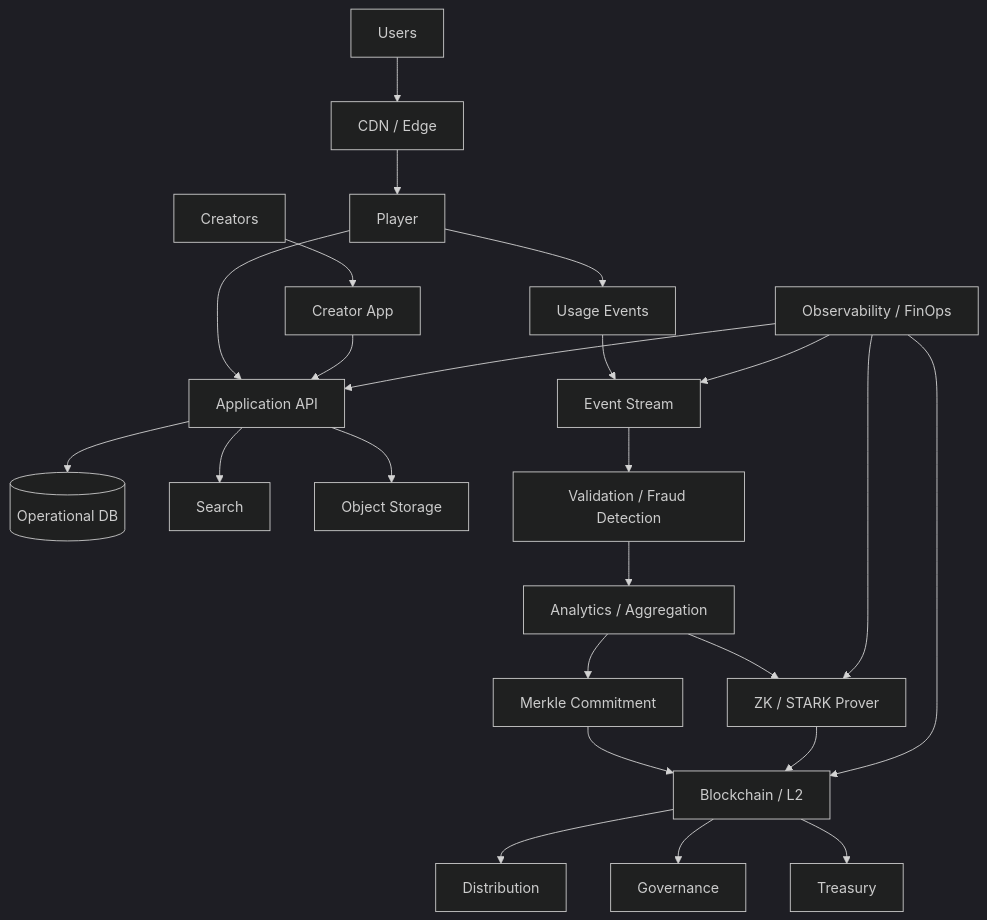
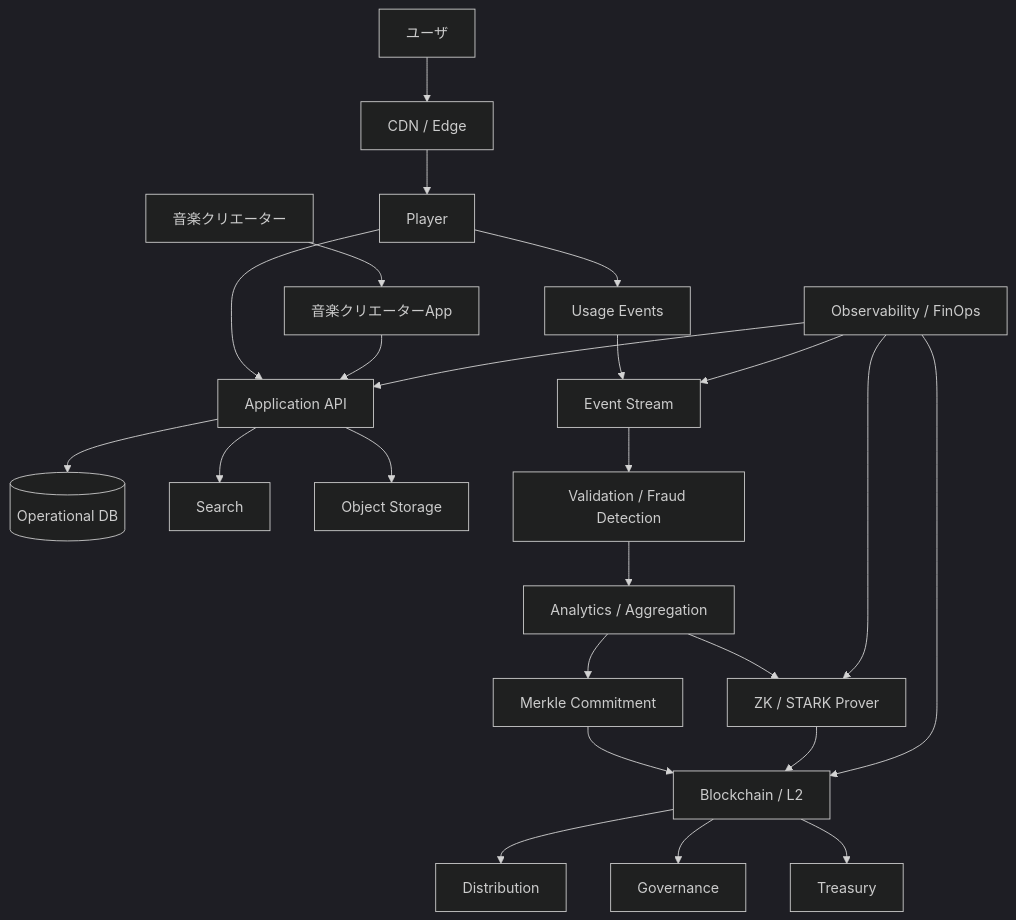
Diagram 45 of 47 in docs/whitepaper/12-infrastructure-cost.md (ShigeichiroYamasaki/creator-first-platform), drawn with Mermaid (dark theme) before and after one commit. The commit also changed other lines of this file and 67 other files, not shown here.

````diff
--- a/docs/whitepaper/12-infrastructure-cost.md
+++ b/docs/whitepaper/12-infrastructure-cost.md
@@ -1868,36 +1868,36 @@
 ```mermaid
 flowchart TD
-    USER[Users]
-    CREATOR[Creators]
+    USER[ユーザ]
+    CREATOR[音楽クリエーター]
 
     USER --> EDGE[CDN / Edge]
-    CREATOR --> APP[Creator App]
+    CREATOR --> APP[音楽クリエーターApp]
 
     EDGE --> PLAYER[Player]
     PLAYER --> API[Application API]
     APP --> API
 
     API --> DB[(Operational DB)]
     API --> SEARCH[Search]
     API --> OBJECT[Object Storage]
 
     PLAYER --> EVENTS[Usage Events]
     EVENTS --> STREAM[Event Stream]
     STREAM --> VALID[Validation / Fraud Detection]
     VALID --> ANALYTICS[Analytics / Aggregation]
 
     ANALYTICS --> ROOT[Merkle Commitment]
     ANALYTICS --> PROVER[ZK / STARK Prover]
 
     ROOT --> L2[Blockchain / L2]
     PROVER --> L2
 
     L2 --> DIST[Distribution]
     L2 --> GOV[Governance]
     L2 --> TREASURY[Treasury]
 
     OBS[Observability / FinOps] --> API
     OBS --> STREAM
     OBS --> PROVER
     OBS --> L2
 ```
````
